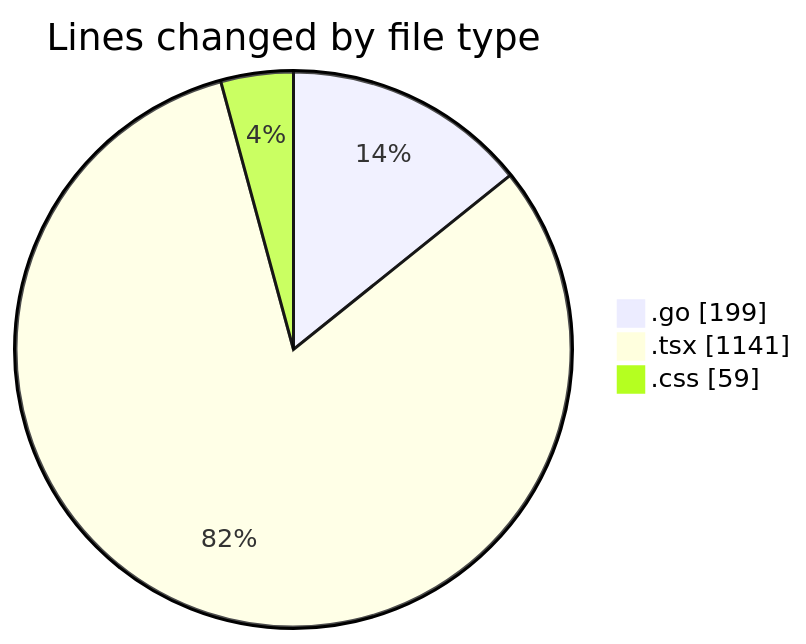
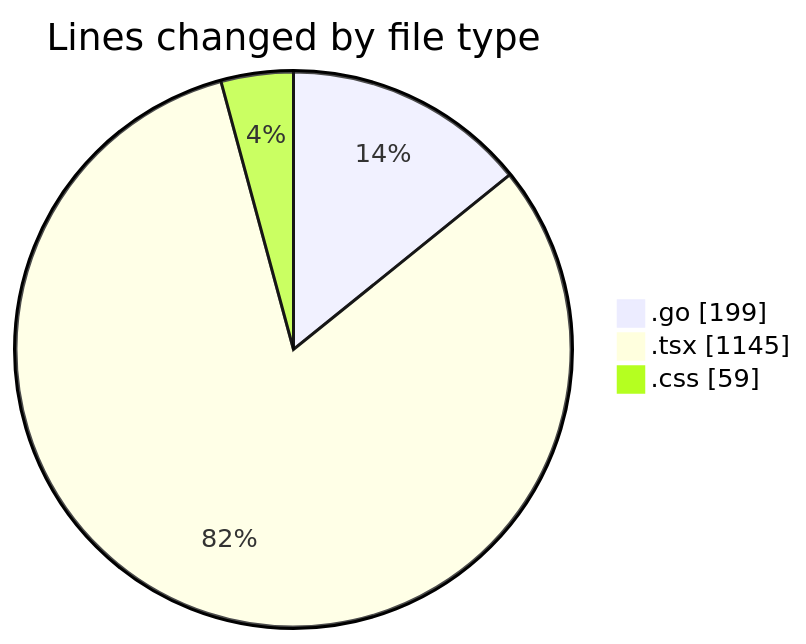
Before and after one commit to robertbonfada/code-tracking: the first of 2 diagrams in 2025-03-11/termonied_testador/README.md, drawn with Mermaid. The commit also changed other lines of this file and 1 other file, not shown here.

````diff
--- a/2025-03-11/termonied_testador/README.md
+++ b/2025-03-11/termonied_testador/README.md
@@ -28,7 +28,7 @@
 ```mermaid
 pie showData
 title Lines changed by file type
 ".go" : 199
-".tsx" : 1141
+".tsx" : 1145
 ".css" : 59
 ```
````
